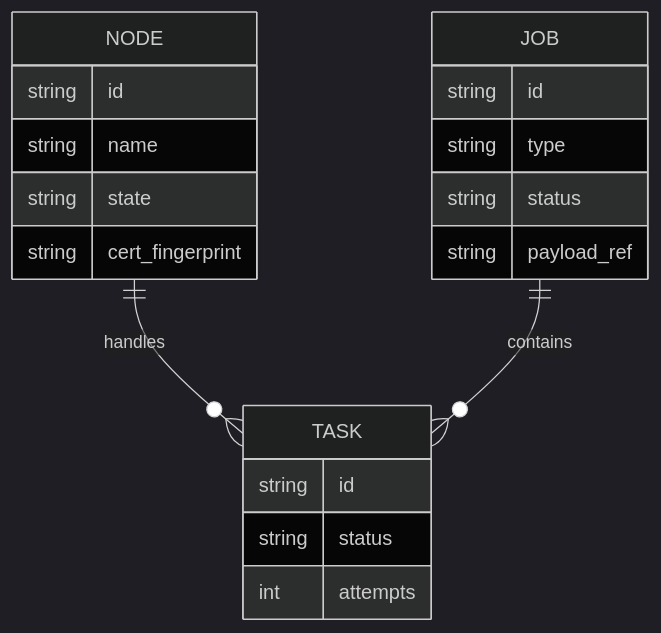
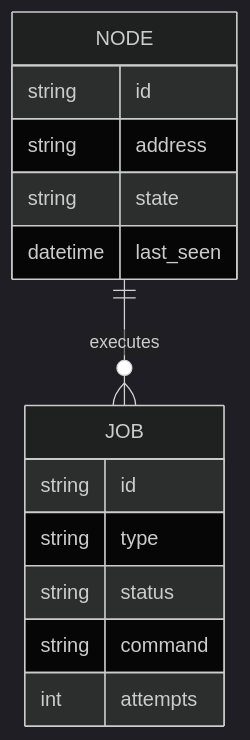
Before and after one commit to Jihaoyb/planetary-mesh: the second of 2 diagrams in docs/architecture.md, drawn with Mermaid (dark theme). The commit also changed other lines of this file and 21 other files, not shown here.

```diff
--- a/docs/architecture.md
+++ b/docs/architecture.md
@@ -234,25 +236,19 @@
 ~~~mermaid
 erDiagram
-  NODE ||--o{ TASK : handles
-  JOB  ||--o{ TASK : contains
+  NODE ||--o{ JOB : executes
 
   NODE {
     string id
-    string name
+    string address
     string state
-    string cert_fingerprint
+    datetime last_seen
   }
 
   JOB {
     string id
     string type
     string status
-    string payload_ref
-  }
-
-  TASK {
-    string id
-    string status
-    int    attempts
+    string command
+    int attempts
   }
 ~~~
```
